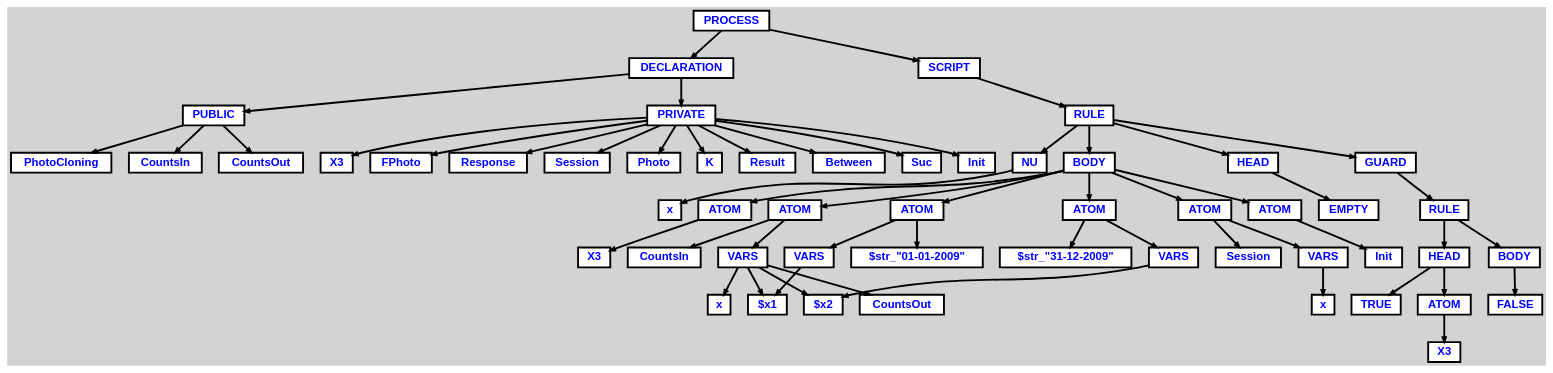
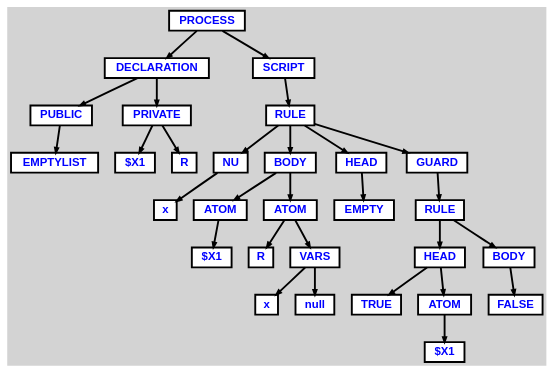
The diagram in Test.dot (maylencita/CRIOJO), drawn with Graphviz before and after one commit. The commit also changed 97 other files, not shown here.

```diff
--- a/Test.dot
+++ b/Test.dot
@@ -1,143 +1,84 @@
 digraph {
 
 	ordering=out;
 	ranksep=.4;
 	bgcolor="lightgrey"; node [shape=box, fixedsize=false, fontsize=12, fontname="Helvetica-bold", fontcolor="blue"
 		width=.25, height=.25, color="black", fillcolor="white", style="filled, solid, bold"];
 	edge [arrowsize=.5, color="black", style="bold"]
 
   n0 [label="PROCESS"];
   n1 [label="DECLARATION"];
   n1 [label="DECLARATION"];
   n2 [label="PUBLIC"];
   n2 [label="PUBLIC"];
-  n3 [label="PhotoCloning"];
-  n4 [label="CountsIn"];
-  n5 [label="CountsOut"];
-  n6 [label="PRIVATE"];
-  n6 [label="PRIVATE"];
-  n7 [label="X3"];
-  n8 [label="FPhoto"];
-  n9 [label="Response"];
-  n10 [label="Session"];
-  n11 [label="Photo"];
-  n12 [label="K"];
-  n13 [label="Result"];
-  n14 [label="Between"];
-  n15 [label="Suc"];
-  n16 [label="Init"];
-  n17 [label="SCRIPT"];
-  n17 [label="SCRIPT"];
-  n18 [label="RULE"];
-  n18 [label="RULE"];
-  n19 [label="NU"];
-  n19 [label="NU"];
-  n20 [label="x"];
-  n21 [label="BODY"];
-  n21 [label="BODY"];
-  n22 [label="ATOM"];
-  n22 [label="ATOM"];
-  n23 [label="X3"];
-  n24 [label="ATOM"];
-  n24 [label="ATOM"];
-  n25 [label="CountsIn"];
-  n26 [label="VARS"];
-  n26 [label="VARS"];
-  n27 [label="x"];
-  n28 [label="$x1"];
-  n29 [label="$x2"];
-  n30 [label="CountsOut"];
-  n31 [label="ATOM"];
-  n31 [label="ATOM"];
-  n32 [label="$str_\"01-01-2009\""];
-  n33 [label="VARS"];
-  n33 [label="VARS"];
-  n28 [label="$x1"];
-  n34 [label="ATOM"];
-  n34 [label="ATOM"];
-  n35 [label="$str_\"31-12-2009\""];
-  n36 [label="VARS"];
-  n36 [label="VARS"];
-  n29 [label="$x2"];
-  n37 [label="ATOM"];
-  n37 [label="ATOM"];
-  n38 [label="Session"];
-  n39 [label="VARS"];
-  n39 [label="VARS"];
-  n40 [label="x"];
-  n41 [label="ATOM"];
-  n41 [label="ATOM"];
-  n42 [label="Init"];
-  n43 [label="HEAD"];
-  n43 [label="HEAD"];
-  n44 [label="EMPTY"];
-  n45 [label="GUARD"];
-  n45 [label="GUARD"];
-  n46 [label="RULE"];
-  n46 [label="RULE"];
-  n47 [label="HEAD"];
-  n47 [label="HEAD"];
-  n48 [label="TRUE"];
-  n49 [label="ATOM"];
-  n49 [label="ATOM"];
-  n50 [label="X3"];
-  n51 [label="BODY"];
-  n51 [label="BODY"];
-  n52 [label="FALSE"];
+  n3 [label="EMPTYLIST"];
+  n4 [label="PRIVATE"];
+  n4 [label="PRIVATE"];
+  n5 [label="$X1"];
+  n6 [label="R"];
+  n7 [label="SCRIPT"];
+  n7 [label="SCRIPT"];
+  n8 [label="RULE"];
+  n8 [label="RULE"];
+  n9 [label="NU"];
+  n9 [label="NU"];
+  n10 [label="x"];
+  n11 [label="BODY"];
+  n11 [label="BODY"];
+  n12 [label="ATOM"];
+  n12 [label="ATOM"];
+  n13 [label="$X1"];
+  n14 [label="ATOM"];
+  n14 [label="ATOM"];
+  n15 [label="R"];
+  n16 [label="VARS"];
+  n16 [label="VARS"];
+  n17 [label="x"];
+  n18 [label="null"];
+  n19 [label="HEAD"];
+  n19 [label="HEAD"];
+  n20 [label="EMPTY"];
+  n21 [label="GUARD"];
+  n21 [label="GUARD"];
+  n22 [label="RULE"];
+  n22 [label="RULE"];
+  n23 [label="HEAD"];
+  n23 [label="HEAD"];
+  n24 [label="TRUE"];
+  n25 [label="ATOM"];
+  n25 [label="ATOM"];
+  n26 [label="$X1"];
+  n27 [label="BODY"];
+  n27 [label="BODY"];
+  n28 [label="FALSE"];
 
   n0 -> n1 // "PROCESS" -> "DECLARATION"
   n1 -> n2 // "DECLARATION" -> "PUBLIC"
-  n2 -> n3 // "PUBLIC" -> "PhotoCloning"
-  n2 -> n4 // "PUBLIC" -> "CountsIn"
-  n2 -> n5 // "PUBLIC" -> "CountsOut"
-  n1 -> n6 // "DECLARATION" -> "PRIVATE"
-  n6 -> n7 // "PRIVATE" -> "X3"
-  n6 -> n8 // "PRIVATE" -> "FPhoto"
-  n6 -> n9 // "PRIVATE" -> "Response"
-  n6 -> n10 // "PRIVATE" -> "Session"
-  n6 -> n11 // "PRIVATE" -> "Photo"
-  n6 -> n12 // "PRIVATE" -> "K"
-  n6 -> n13 // "PRIVATE" -> "Result"
-  n6 -> n14 // "PRIVATE" -> "Between"
-  n6 -> n15 // "PRIVATE" -> "Suc"
-  n6 -> n16 // "PRIVATE" -> "Init"
-  n0 -> n17 // "PROCESS" -> "SCRIPT"
-  n17 -> n18 // "SCRIPT" -> "RULE"
-  n18 -> n19 // "RULE" -> "NU"
-  n19 -> n20 // "NU" -> "x"
-  n18 -> n21 // "RULE" -> "BODY"
-  n21 -> n22 // "BODY" -> "ATOM"
-  n22 -> n23 // "ATOM" -> "X3"
-  n21 -> n24 // "BODY" -> "ATOM"
-  n24 -> n25 // "ATOM" -> "CountsIn"
-  n24 -> n26 // "ATOM" -> "VARS"
-  n26 -> n27 // "VARS" -> "x"
-  n26 -> n28 // "VARS" -> "$x1"
-  n26 -> n29 // "VARS" -> "$x2"
-  n26 -> n30 // "VARS" -> "CountsOut"
-  n21 -> n31 // "BODY" -> "ATOM"
-  n31 -> n32 // "ATOM" -> "$str_\"01-01-2009\""
-  n31 -> n33 // "ATOM" -> "VARS"
-  n33 -> n28 // "VARS" -> "$x1"
-  n21 -> n34 // "BODY" -> "ATOM"
-  n34 -> n35 // "ATOM" -> "$str_\"31-12-2009\""
-  n34 -> n36 // "ATOM" -> "VARS"
-  n36 -> n29 // "VARS" -> "$x2"
-  n21 -> n37 // "BODY" -> "ATOM"
-  n37 -> n38 // "ATOM" -> "Session"
-  n37 -> n39 // "ATOM" -> "VARS"
-  n39 -> n40 // "VARS" -> "x"
-  n21 -> n41 // "BODY" -> "ATOM"
-  n41 -> n42 // "ATOM" -> "Init"
-  n18 -> n43 // "RULE" -> "HEAD"
-  n43 -> n44 // "HEAD" -> "EMPTY"
-  n18 -> n45 // "RULE" -> "GUARD"
-  n45 -> n46 // "GUARD" -> "RULE"
-  n46 -> n47 // "RULE" -> "HEAD"
-  n47 -> n48 // "HEAD" -> "TRUE"
-  n47 -> n49 // "HEAD" -> "ATOM"
-  n49 -> n50 // "ATOM" -> "X3"
-  n46 -> n51 // "RULE" -> "BODY"
-  n51 -> n52 // "BODY" -> "FALSE"
+  n2 -> n3 // "PUBLIC" -> "EMPTYLIST"
+  n1 -> n4 // "DECLARATION" -> "PRIVATE"
+  n4 -> n5 // "PRIVATE" -> "$X1"
+  n4 -> n6 // "PRIVATE" -> "R"
+  n0 -> n7 // "PROCESS" -> "SCRIPT"
+  n7 -> n8 // "SCRIPT" -> "RULE"
+  n8 -> n9 // "RULE" -> "NU"
+  n9 -> n10 // "NU" -> "x"
+  n8 -> n11 // "RULE" -> "BODY"
+  n11 -> n12 // "BODY" -> "ATOM"
+  n12 -> n13 // "ATOM" -> "$X1"
+  n11 -> n14 // "BODY" -> "ATOM"
+  n14 -> n15 // "ATOM" -> "R"
+  n14 -> n16 // "ATOM" -> "VARS"
+  n16 -> n17 // "VARS" -> "x"
+  n16 -> n18 // "VARS" -> "null"
+  n8 -> n19 // "RULE" -> "HEAD"
+  n19 -> n20 // "HEAD" -> "EMPTY"
+  n8 -> n21 // "RULE" -> "GUARD"
+  n21 -> n22 // "GUARD" -> "RULE"
+  n22 -> n23 // "RULE" -> "HEAD"
+  n23 -> n24 // "HEAD" -> "TRUE"
+  n23 -> n25 // "HEAD" -> "ATOM"
+  n25 -> n26 // "ATOM" -> "$X1"
+  n22 -> n27 // "RULE" -> "BODY"
+  n27 -> n28 // "BODY" -> "FALSE"
 
 }
```
